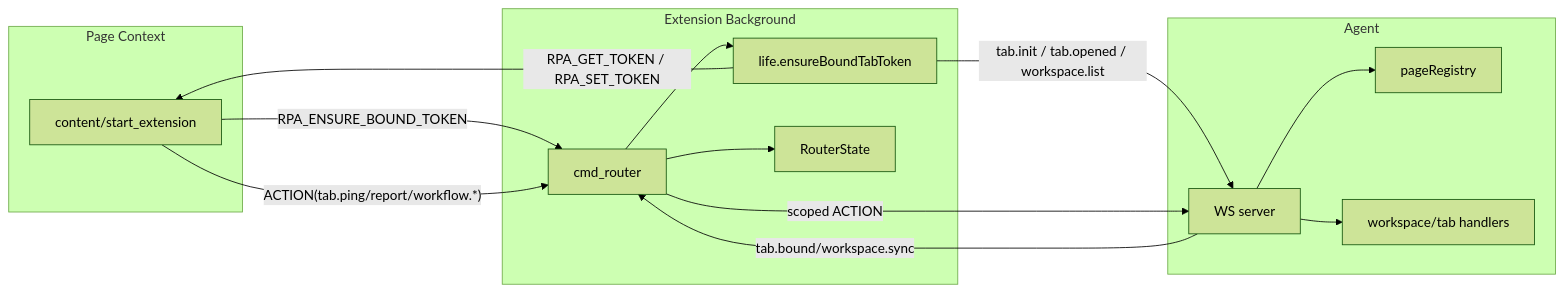
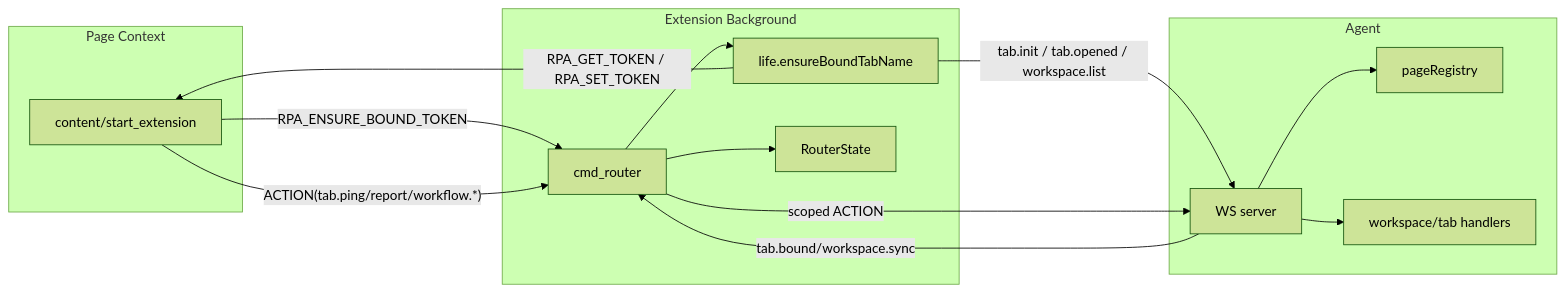
Before and after one commit to Aromatic05/rpa-browser: the first of 3 diagrams in docs/Runtime/WorkspaceAndTab.md, drawn with Mermaid (forest theme). The commit also changed other lines of this file and 22 other files, not shown here.

````diff
--- a/docs/Runtime/WorkspaceAndTab.md
+++ b/docs/Runtime/WorkspaceAndTab.md
@@ -63,29 +63,29 @@
 ```mermaid
 flowchart LR
   subgraph PAGE["Page Context"]
     C["content/start_extension"]
   end
 
   subgraph BG["Extension Background"]
     R["cmd_router"]
-    L["life.ensureBoundTabToken"]
+    L["life.ensureBoundTabName"]
     S["RouterState"]
   end
 
   subgraph AG["Agent"]
     W["WS server"]
     P["pageRegistry"]
     H["workspace/tab handlers"]
   end
 
   C -- "RPA_ENSURE_BOUND_TOKEN" --> R
   R --> L
   L -- "RPA_GET_TOKEN / RPA_SET_TOKEN" --> C
   L -- "tab.init / tab.opened / workspace.list" --> W
   C -- "ACTION(tab.ping/report/workflow.*)" --> R
   R -- "scoped ACTION" --> W
   W --> P
   W --> H
   W -- "tab.bound/workspace.sync" --> R
   R --> S
 ```
````
